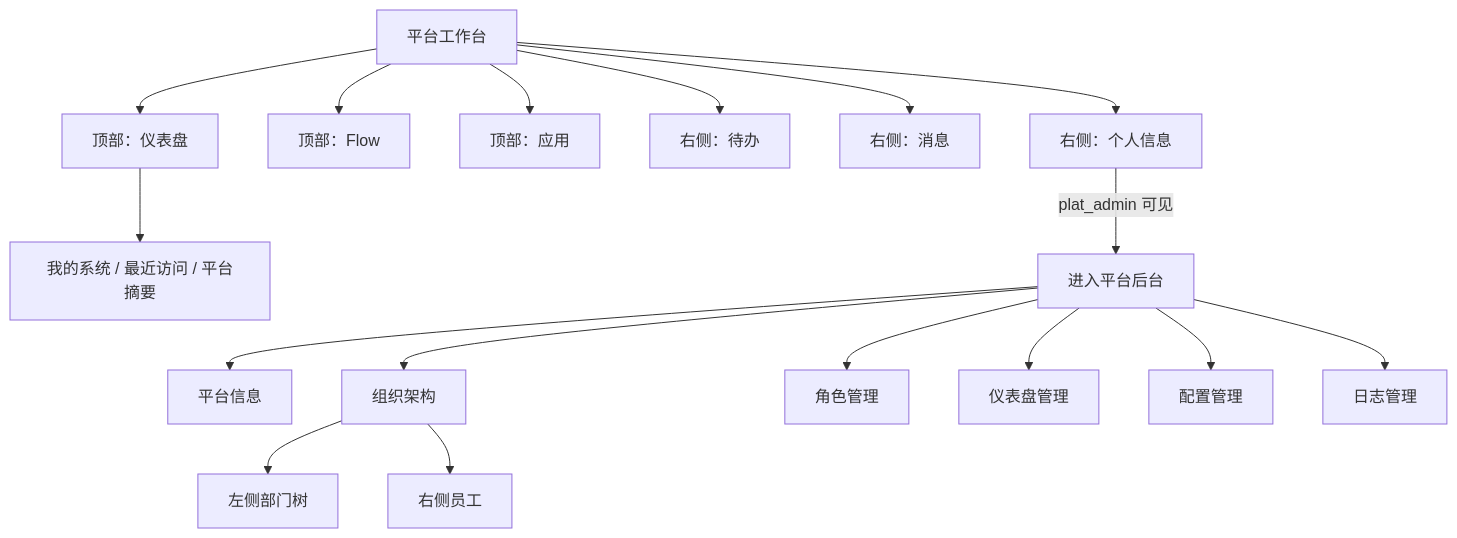
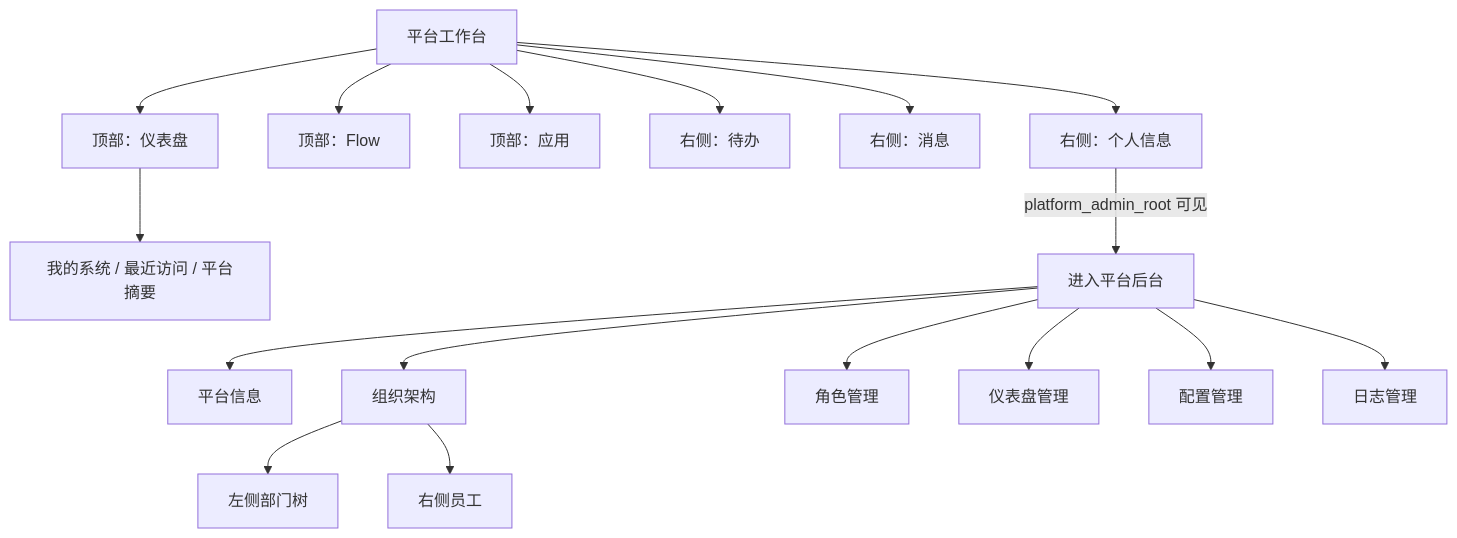
Before and after one commit to ceshi20160607/examine2: the fifth of 6 diagrams in docs/product-ns-map.md, drawn with Mermaid. The commit also changed other lines of this file and 19 other files, not shown here.

````diff
--- a/docs/product-ns-map.md
+++ b/docs/product-ns-map.md
@@ -184,20 +184,20 @@
 ```mermaid
 flowchart TD
     A["平台工作台"] --> A1["顶部：仪表盘"]
     A --> A2["顶部：Flow"]
     A --> A3["顶部：应用"]
     A --> A4["右侧：待办"]
     A --> A5["右侧：消息"]
     A --> A6["右侧：个人信息"]
     A1 --> A11["我的系统 / 最近访问 / 平台摘要"]
-    A6 -->|plat_admin 可见| B["进入平台后台"]
+    A6 -->|platform_admin_root 可见| B["进入平台后台"]
 
     B --> B1["平台信息"]
     B --> B2["组织架构"]
     B2 --> B21["左侧部门树"]
     B2 --> B22["右侧员工"]
     B --> B3["角色管理"]
     B --> B4["仪表盘管理"]
     B --> B5["配置管理"]
     B --> B6["日志管理"]
 ```
````
